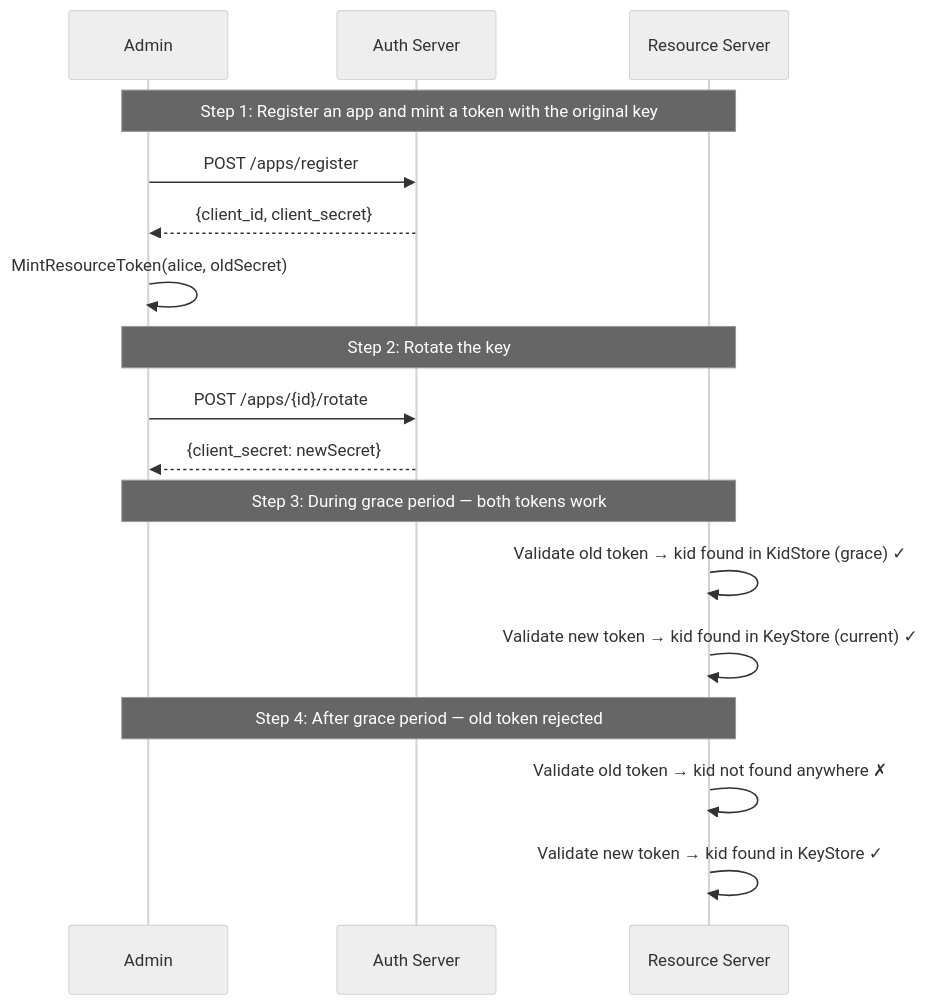
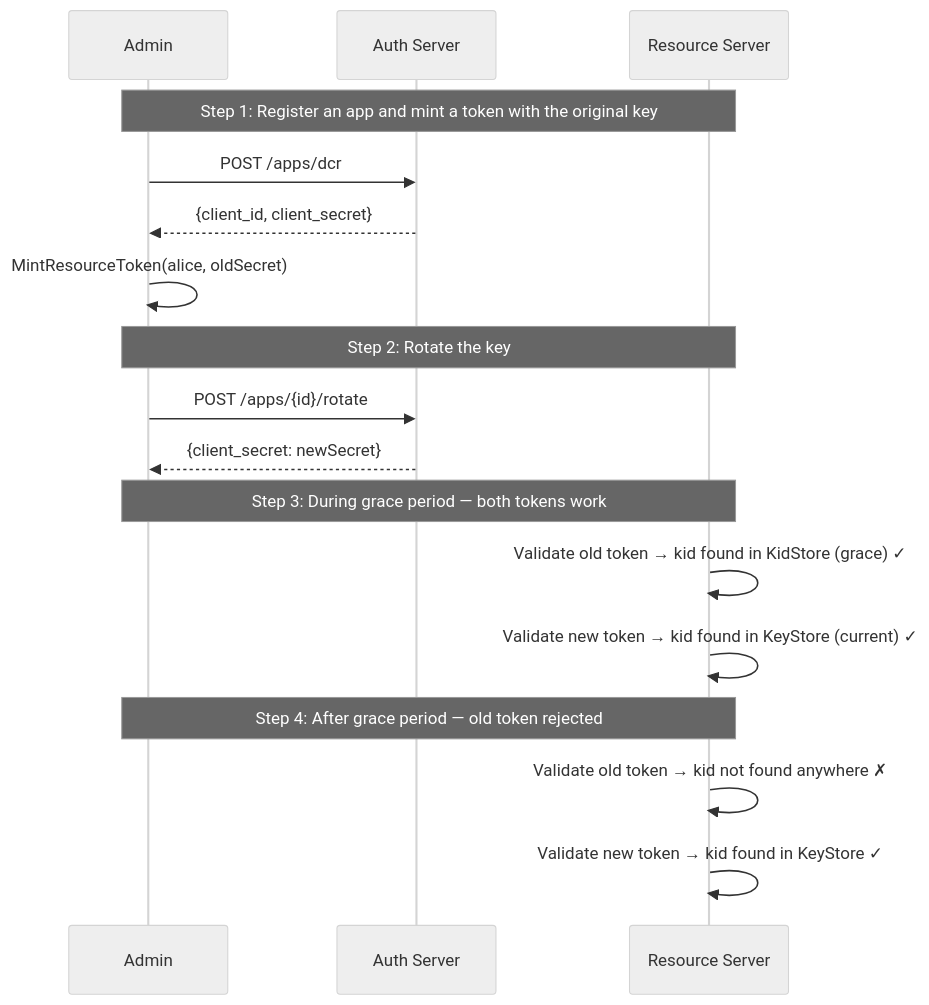
One commit to panyam/oneauth changed the diagram in examples/09-key-rotation/WALKTHROUGH.md. Above: the diagram before and after it, drawn with Mermaid (neutral theme). The commit also changed other lines of this file and 26 other files, not shown here.

````diff
--- a/examples/09-key-rotation/WALKTHROUGH.md
+++ b/examples/09-key-rotation/WALKTHROUGH.md
@@ -18,23 +18,23 @@
 ```mermaid
 sequenceDiagram
     participant Admin
     participant AS as Auth Server
     participant RS as Resource Server
 
     Note over Admin,RS: Step 1: Register an app and mint a token with the original key
-    Admin->>AS: POST /apps/register
+    Admin->>AS: POST /apps/dcr
     AS-->>Admin: {client_id, client_secret}
     Admin->>Admin: MintResourceToken(alice, oldSecret)
 
     Note over Admin,RS: Step 2: Rotate the key
     Admin->>AS: POST /apps/{id}/rotate
     AS-->>Admin: {client_secret: newSecret}
 
     Note over Admin,RS: Step 3: During grace period — both tokens work
     RS->>RS: Validate old token → kid found in KidStore (grace) ✓
     RS->>RS: Validate new token → kid found in KeyStore (current) ✓
 
     Note over Admin,RS: Step 4: After grace period — old token rejected
     RS->>RS: Validate old token → kid not found anywhere ✗
     RS->>RS: Validate new token → kid found in KeyStore ✓
 ```
````
